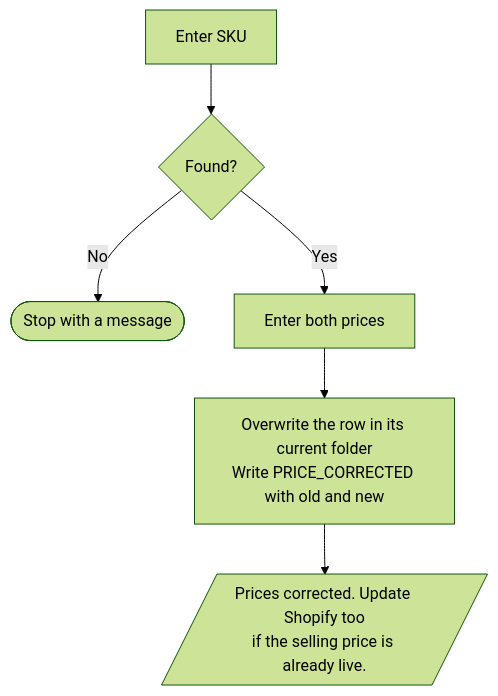
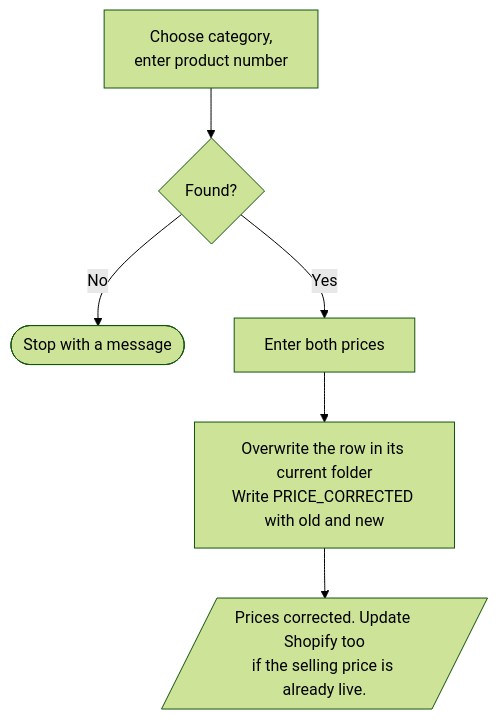
One commit to sagargupta2001/periwinkle-shopify-theme changed the fifth of 5 diagrams in docs/product-operations/work-on-product.md. Above: the diagram before and after it, drawn with Mermaid (forest theme). The commit also changed other lines of this file and 17 other files, not shown here.

````diff
--- a/docs/product-operations/work-on-product.md
+++ b/docs/product-operations/work-on-product.md
@@ -84,8 +86,8 @@
 ```mermaid
 flowchart TD
-    A[Enter SKU] --> B{"Found?"}
+    A["Choose category,<br/>enter product number"] --> B{"Found?"}
     B -->|No| STOP([Stop with a message])
     B -->|Yes| C[Enter both prices]
     C --> D["Overwrite the row in its current folder<br/>Write PRICE_CORRECTED with old and new"]
     D --> E[/"Prices corrected. Update Shopify too<br/>if the selling price is already live."/]
 ```
````
